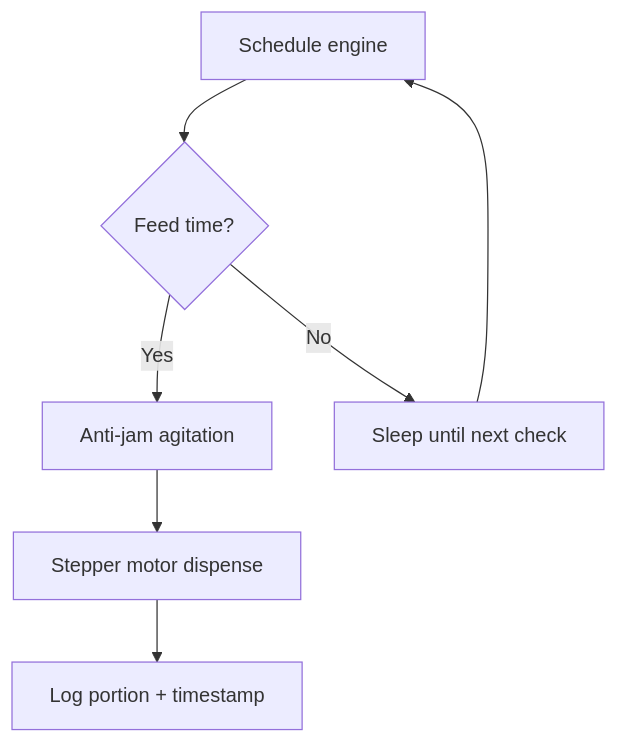
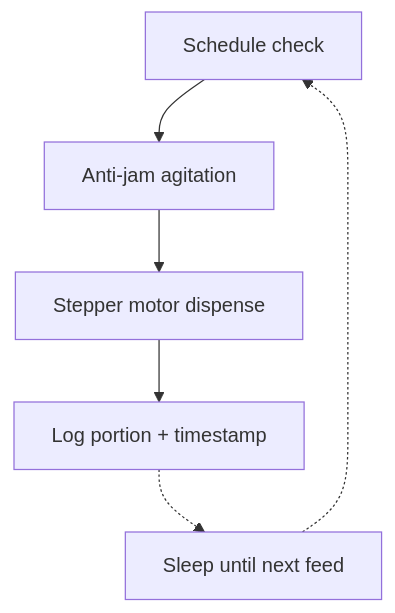
Before and after one commit to Minimalistic/marsh.city: the diagram in src/content/projects/petfeedr.md, drawn with Mermaid. The commit also changed other lines of this file, not shown here.

Commit message:
fix: realign PetFeedr diagram, drop misaligned decision diamond
Simplified to a linear flow - the diamond node rendered its label
outside the shape and pulled the layout off-center. Dashed edges
for the sleep/retry loop.

````diff
--- a/src/content/projects/petfeedr.md
+++ b/src/content/projects/petfeedr.md
@@ -40,9 +40,8 @@
 ```mermaid
 flowchart TD
-  A[Schedule engine] --> B{Feed time?}
-  B -->|Yes| C[Anti-jam agitation]
-  B -->|No| F[Sleep until next check]
-  F --> A
-  C --> D[Stepper motor dispense]
-  D --> E[Log portion + timestamp]
+  A[Schedule check] --> B[Anti-jam agitation]
+  B --> C[Stepper motor dispense]
+  C --> D[Log portion + timestamp]
+  D -.-> E[Sleep until next feed]
+  E -.-> A
 ```
````
